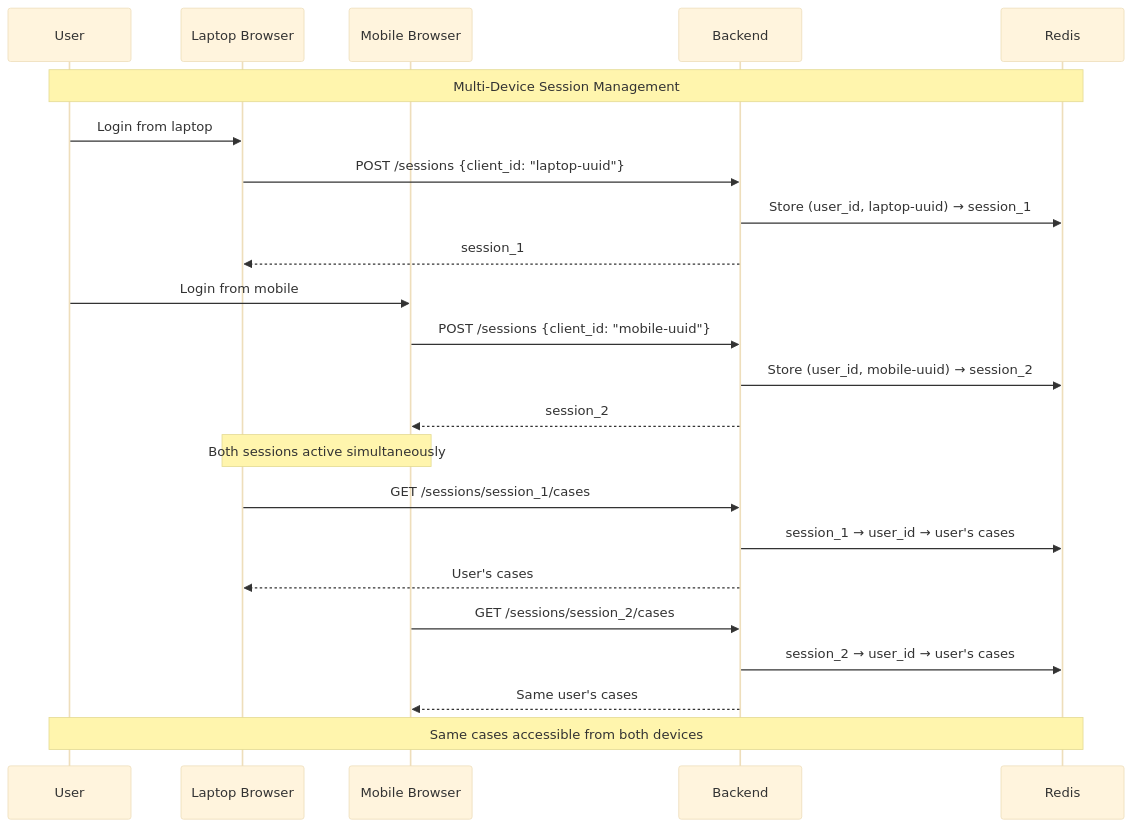
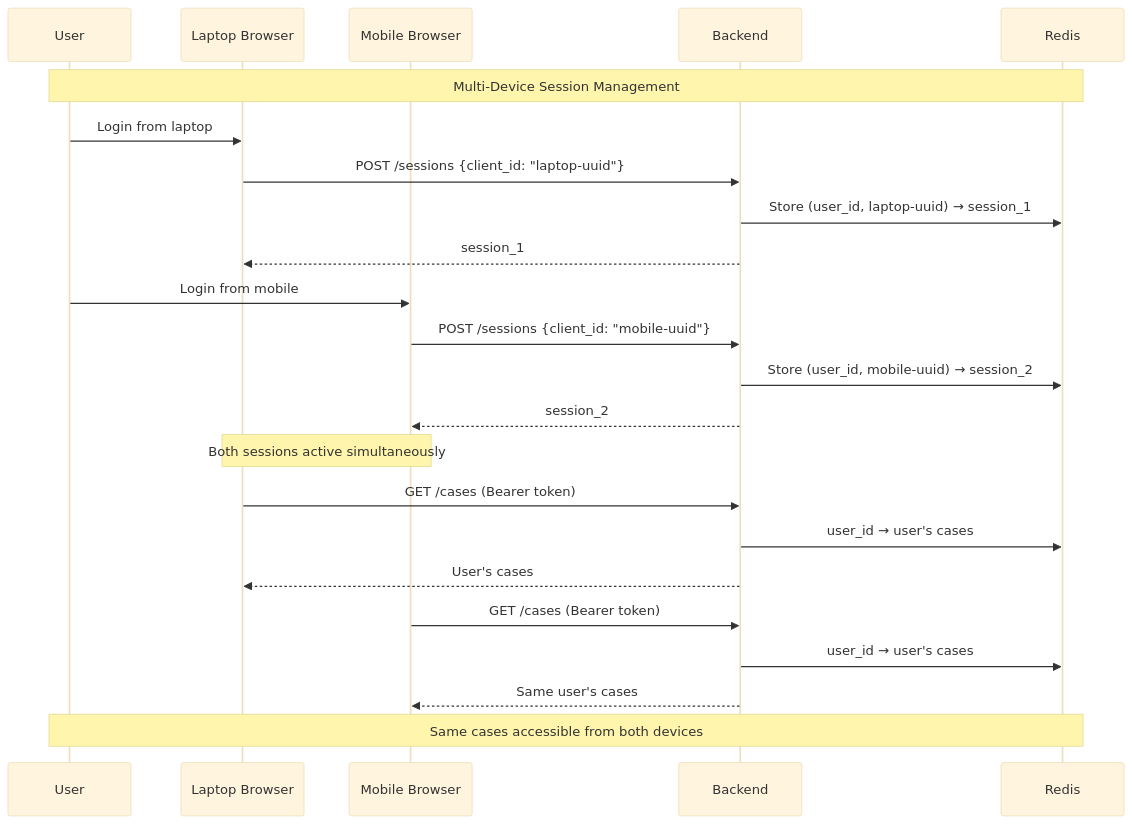
The third of 3 diagrams in docs/architecture/case-and-session/case-and-session-concepts.md (FaultMaven/faultmaven), drawn with Mermaid (base theme) before and after one commit. The commit also changed other lines of this file and 4 other files, not shown here.

````diff
--- a/docs/architecture/case-and-session/case-and-session-concepts.md
+++ b/docs/architecture/case-and-session/case-and-session-concepts.md
@@ -215,32 +215,32 @@
 ```mermaid
 sequenceDiagram
     participant U as User
     participant L as Laptop Browser
     participant M as Mobile Browser
     participant B as Backend
     participant R as Redis
 
     Note over U,R: Multi-Device Session Management
 
     U->>L: Login from laptop
     L->>B: POST /sessions {client_id: "laptop-uuid"}
     B->>R: Store (user_id, laptop-uuid) → session_1
     B-->>L: session_1
 
     U->>M: Login from mobile
     M->>B: POST /sessions {client_id: "mobile-uuid"}
     B->>R: Store (user_id, mobile-uuid) → session_2
     B-->>M: session_2
 
     Note over L,M: Both sessions active simultaneously
 
-    L->>B: GET /sessions/session_1/cases
-    B->>R: session_1 → user_id → user's cases
+    L->>B: GET /cases (Bearer token)
+    B->>R: user_id → user's cases
     B-->>L: User's cases
 
-    M->>B: GET /sessions/session_2/cases
-    B->>R: session_2 → user_id → user's cases
+    M->>B: GET /cases (Bearer token)
+    B->>R: user_id → user's cases
     B-->>M: Same user's cases
 
     Note over U,R: Same cases accessible from both devices
 ```
````
